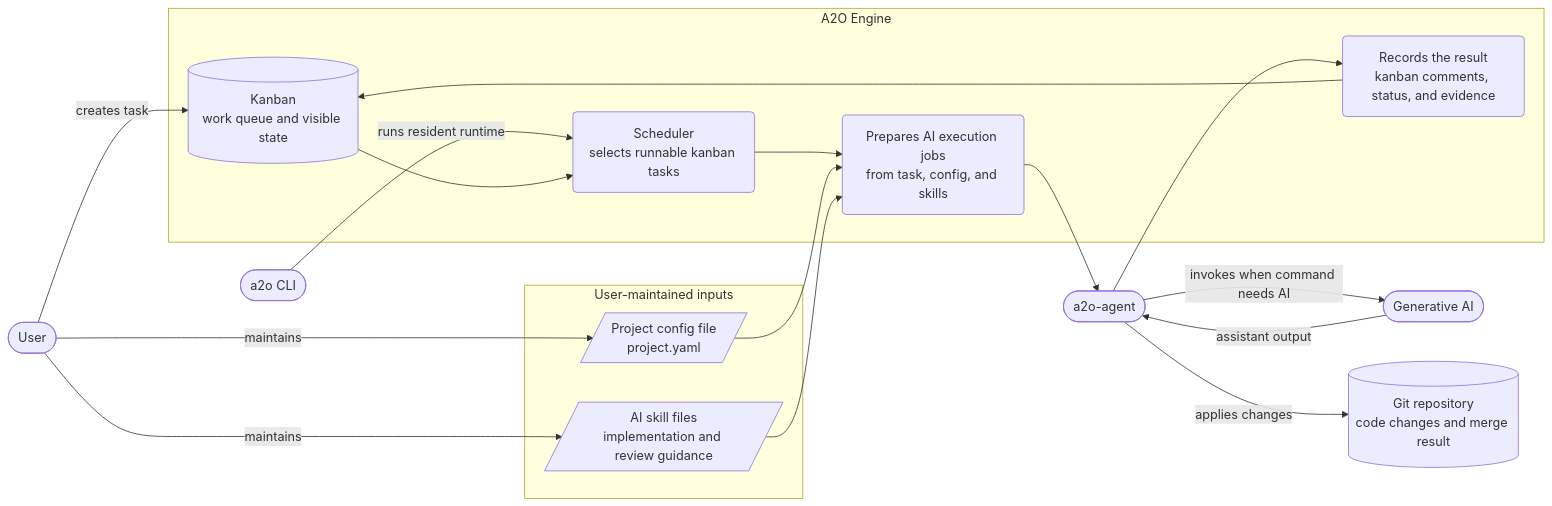
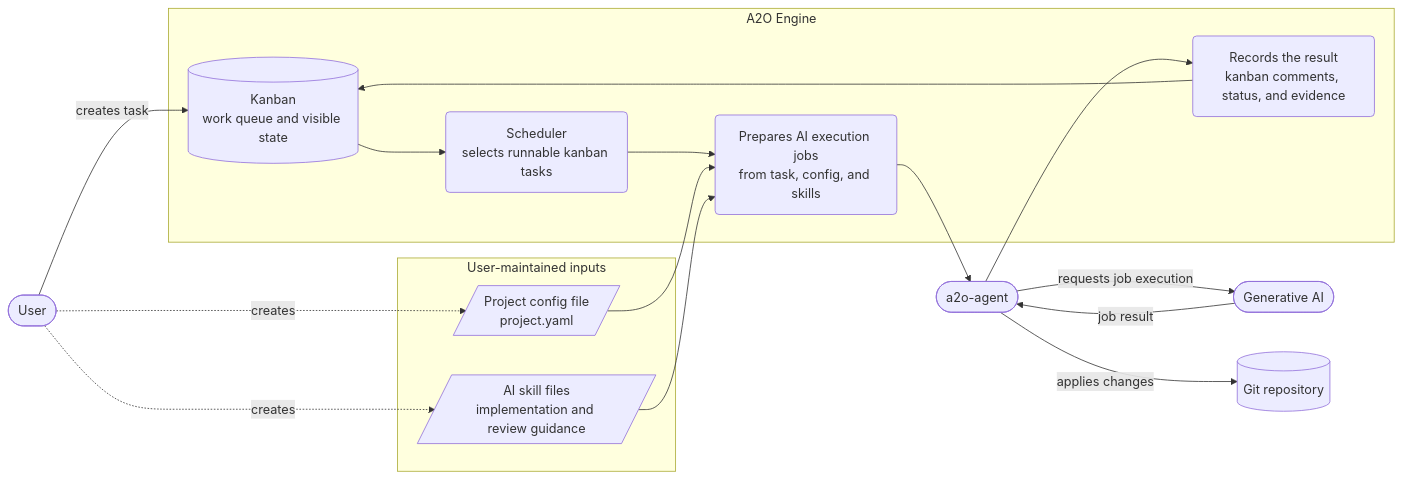
Before and after one commit to wamukat/a2o: the diagram in docs/en/dev/00-design-map.md, drawn with Mermaid. The commit also changed other lines of this file and 1 other file, not shown here.

Commit message:
A2O#88 Simplify diagram participants

````diff
--- a/docs/en/dev/00-design-map.md
+++ b/docs/en/dev/00-design-map.md
@@ -14,36 +14,34 @@
 ```mermaid
 flowchart LR
   User([User])
-  CLI([a2o CLI])
   Agent([a2o-agent])
   AI([Generative AI])
 
   subgraph Inputs["User-maintained inputs"]
     ProjectConfig[/Project config file\nproject.yaml/]
     SkillFiles[/AI skill files\nimplementation and review guidance/]
   end
 
   subgraph Engine["A2O Engine"]
     Kanban[(Kanban\nwork queue and visible state)]
     Scheduler(Scheduler\nselects runnable kanban tasks)
     Prepare(Prepares AI execution jobs\nfrom task, config, and skills)
     Report(Records the result\nkanban comments, status, and evidence)
   end
 
-  Repository[(Git repository\ncode changes and merge result)]
+  Repository[(Git repository)]
 
   User -->|"creates task"| Kanban
-  User -->|"maintains"| ProjectConfig
-  User -->|"maintains"| SkillFiles
-  CLI -->|"runs resident runtime"| Scheduler
+  User -.->|"creates"| ProjectConfig
+  User -.->|"creates"| SkillFiles
   Kanban --> Scheduler
   Scheduler --> Prepare
   ProjectConfig --> Prepare
   SkillFiles --> Prepare
   Prepare --> Agent
-  Agent -->|"invokes when command needs AI"| AI
-  AI -->|"assistant output"| Agent
+  Agent -->|"requests job execution"| AI
+  AI -->|"job result"| Agent
   Agent -->|"applies changes"| Repository
   Agent --> Report
   Report --> Kanban
 ```
````
